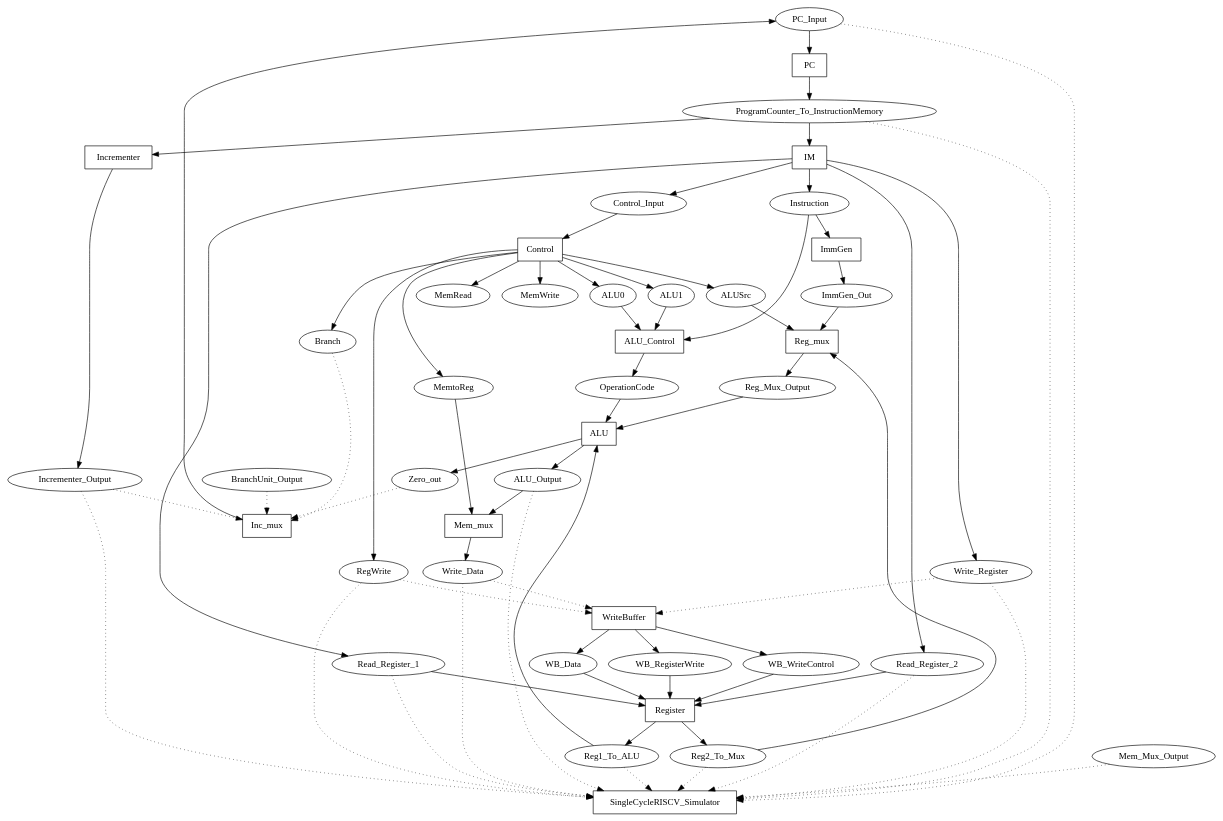
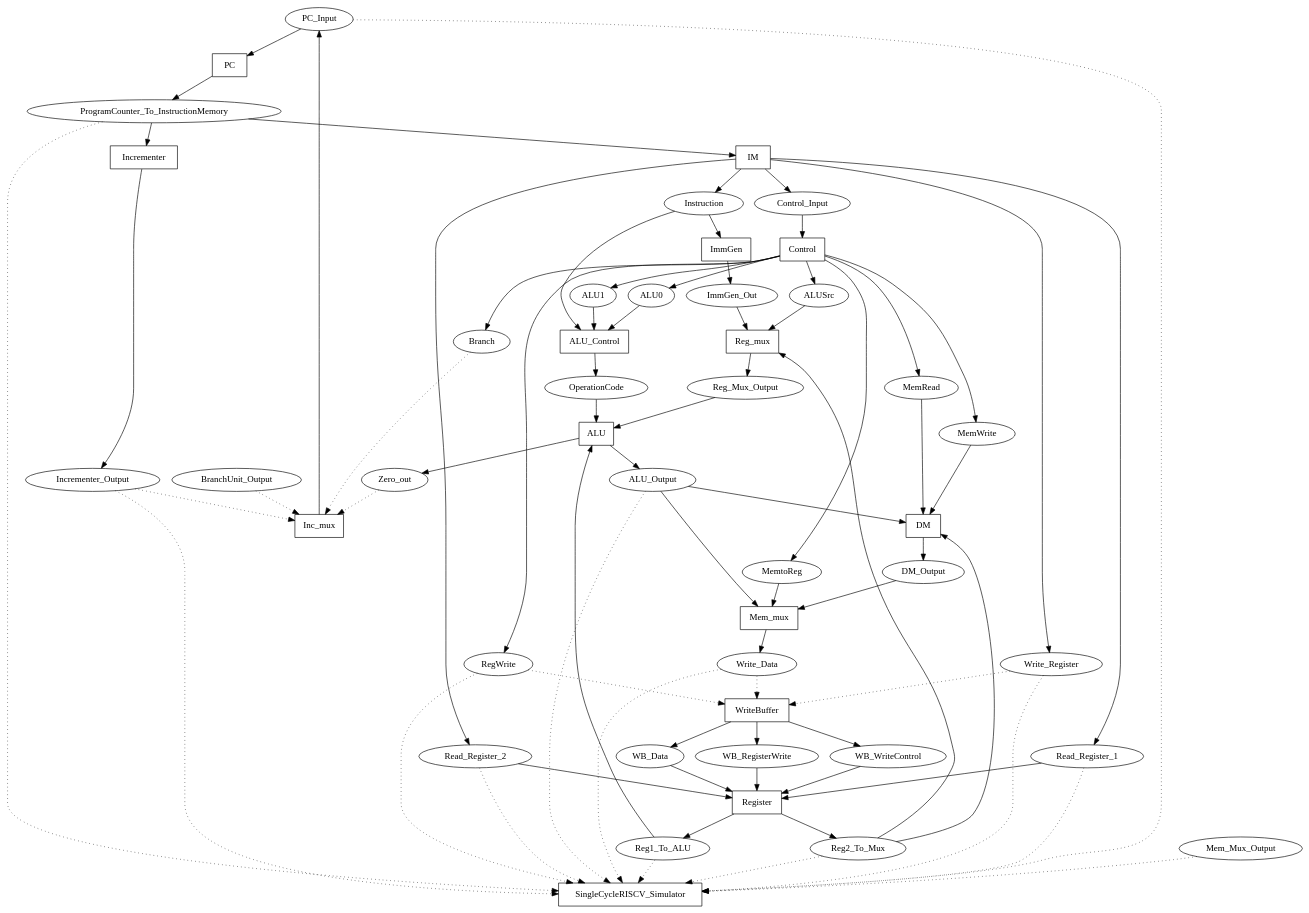
Before and after one commit to DanielRamyar/Master_Thesis: the diagram in SME_Implementations/SingleCycleRISCV/output/network.dot, drawn with Graphviz. The commit also changed 64 other files, not shown here.

```diff
--- a/SME_Implementations/SingleCycleRISCV/output/network.dot
+++ b/SME_Implementations/SingleCycleRISCV/output/network.dot
@@ -1,111 +1,119 @@
 digraph SingleCycleRISCV {
 "PC_Input" [shape=oval];
 "ProgramCounter_To_InstructionMemory" [shape=oval];
 "Instruction" [shape=oval];
 "Control_Input" [shape=oval];
 "ALU1" [shape=oval];
 "ALU0" [shape=oval];
 "Read_Register_1" [shape=oval];
 "Read_Register_2" [shape=oval];
 "WB_Data" [shape=oval];
 "WB_RegisterWrite" [shape=oval];
 "WB_WriteControl" [shape=oval];
 "OperationCode" [shape=oval];
 "Reg1_To_ALU" [shape=oval];
 "Reg_Mux_Output" [shape=oval];
+"ALU_Output" [shape=oval];
 "Reg2_To_Mux" [shape=oval];
+"MemRead" [shape=oval];
+"MemWrite" [shape=oval];
 "ALUSrc" [shape=oval];
 "ImmGen_Out" [shape=oval];
-"ALU_Output" [shape=oval];
 "MemtoReg" [shape=oval];
+"DM_Output" [shape=oval];
 "Incrementer_Output" [shape=oval];
 "Write_Register" [shape=oval];
 "RegWrite" [shape=oval];
-"MemRead" [shape=oval];
-"MemWrite" [shape=oval];
 "Branch" [shape=oval];
 "Zero_out" [shape=oval];
 "Write_Data" [shape=oval];
 "Mem_Mux_Output" [shape=oval];
 "BranchUnit_Output" [shape=oval];
 "PC" [shape=box];
 "Incrementer" [shape=box];
 "IM" [shape=box];
 "ImmGen" [shape=box];
 "ALU_Control" [shape=box];
 "Control" [shape=box];
 "Register" [shape=box];
 "ALU" [shape=box];
+"DM" [shape=box];
+"Mem_mux" [shape=box];
 "Reg_mux" [shape=box];
-"Mem_mux" [shape=box];
 "Inc_mux" [shape=box];
 "WriteBuffer" [shape=box];
 "SingleCycleRISCV_Simulator" [shape=box];
 "PC_Input" -> "PC";
 "ProgramCounter_To_InstructionMemory" -> "Incrementer";
 "ProgramCounter_To_InstructionMemory" -> "IM";
 "Instruction" -> "ImmGen";
 "Instruction" -> "ALU_Control";
 "Control_Input" -> "Control";
 "ALU1" -> "ALU_Control";
 "ALU0" -> "ALU_Control";
 "Read_Register_1" -> "Register";
 "Read_Register_2" -> "Register";
 "WB_Data" -> "Register";
 "WB_RegisterWrite" -> "Register";
 "WB_WriteControl" -> "Register";
 "OperationCode" -> "ALU";
 "Reg1_To_ALU" -> "ALU";
 "Reg_Mux_Output" -> "ALU";
+"ALU_Output" -> "DM";
+"ALU_Output" -> "Mem_mux";
+"Reg2_To_Mux" -> "DM";
 "Reg2_To_Mux" -> "Reg_mux";
+"MemRead" -> "DM";
+"MemWrite" -> "DM";
 "ALUSrc" -> "Reg_mux";
 "ImmGen_Out" -> "Reg_mux";
-"ALU_Output" -> "Mem_mux";
 "MemtoReg" -> "Mem_mux";
+"DM_Output" -> "Mem_mux";
 "PC" -> "ProgramCounter_To_InstructionMemory";
 "Incrementer" -> "Incrementer_Output";
 "Inc_mux" -> "PC_Input";
 "IM" -> "Read_Register_1";
 "IM" -> "Read_Register_2";
 "IM" -> "Write_Register";
 "IM" -> "Control_Input";
 "IM" -> "Instruction";
 "ImmGen" -> "ImmGen_Out";
 "Control" -> "ALUSrc";
 "Control" -> "MemtoReg";
 "Control" -> "RegWrite";
 "Control" -> "MemRead";
 "Control" -> "MemWrite";
 "Control" -> "Branch";
 "Control" -> "ALU1";
 "Control" -> "ALU0";
 "ALU_Control" -> "OperationCode";
 "Register" -> "Reg1_To_ALU";
 "Register" -> "Reg2_To_Mux";
 "ALU" -> "ALU_Output";
 "ALU" -> "Zero_out";
+"DM" -> "DM_Output";
 "Reg_mux" -> "Reg_Mux_Output";
 "Mem_mux" -> "Write_Data";
 "WriteBuffer" -> "WB_Data";
 "WriteBuffer" -> "WB_RegisterWrite";
 "WriteBuffer" -> "WB_WriteControl";
 "ProgramCounter_To_InstructionMemory" -> "SingleCycleRISCV_Simulator" [style=dotted];
 "PC_Input" -> "SingleCycleRISCV_Simulator" [style=dotted];
 "Incrementer_Output" -> "SingleCycleRISCV_Simulator" [style=dotted];
 "Incrementer_Output" -> "Inc_mux" [style=dotted];
 "Read_Register_1" -> "SingleCycleRISCV_Simulator" [style=dotted];
 "Read_Register_2" -> "SingleCycleRISCV_Simulator" [style=dotted];
 "Write_Register" -> "SingleCycleRISCV_Simulator" [style=dotted];
 "Write_Register" -> "WriteBuffer" [style=dotted];
 "Write_Data" -> "SingleCycleRISCV_Simulator" [style=dotted];
 "Write_Data" -> "WriteBuffer" [style=dotted];
 "RegWrite" -> "SingleCycleRISCV_Simulator" [style=dotted];
 "RegWrite" -> "WriteBuffer" [style=dotted];
 "Reg1_To_ALU" -> "SingleCycleRISCV_Simulator" [style=dotted];
 "Reg2_To_Mux" -> "SingleCycleRISCV_Simulator" [style=dotted];
 "ALU_Output" -> "SingleCycleRISCV_Simulator" [style=dotted];
 "Mem_Mux_Output" -> "SingleCycleRISCV_Simulator" [style=dotted];
 "Zero_out" -> "Inc_mux" [style=dotted];
 "Branch" -> "Inc_mux" [style=dotted];
 "BranchUnit_Output" -> "Inc_mux" [style=dotted];
 }
```
